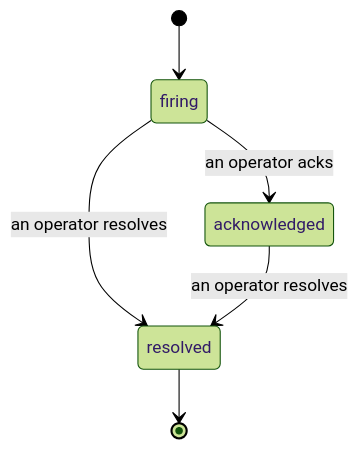
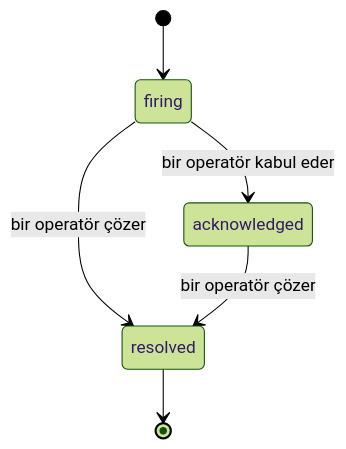
The diagram in docs/tr/agenteye/incidents.mdx (FailproofAI/failproofai), drawn with Mermaid (forest theme) before and after one commit. The commit also changed other lines of this file and 649 other files, not shown here.

````diff
--- a/docs/tr/agenteye/incidents.mdx
+++ b/docs/tr/agenteye/incidents.mdx
@@ -27,8 +27,8 @@
 ```mermaid
 stateDiagram-v2
     [*] --> firing
-    firing --> acknowledged: an operator acks
-    firing --> resolved: an operator resolves
-    acknowledged --> resolved: an operator resolves
+    firing --> acknowledged: bir operatör kabul eder
+    firing --> resolved: bir operatör çözer
+    acknowledged --> resolved: bir operatör çözer
     resolved --> [*]
 ```
````
